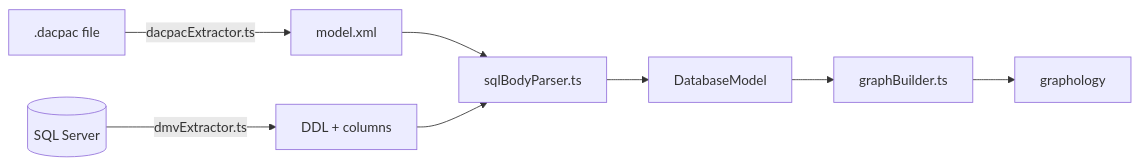
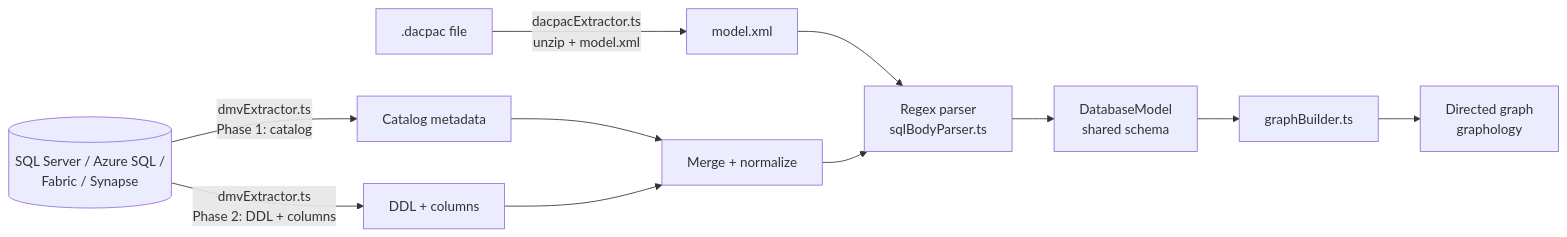
The first of 3 diagrams in docs/DEVELOPER_GUIDE.md (ChrisDevRepo/vscode_data_lineage), drawn with Mermaid before and after one commit. The commit also changed other lines of this file and 10 other files, not shown here.

````diff
--- a/docs/DEVELOPER_GUIDE.md
+++ b/docs/DEVELOPER_GUIDE.md
@@ -20,10 +39,13 @@
 ```mermaid
 flowchart LR
-    DP[.dacpac file] -->|dacpacExtractor.ts| MX[model.xml]
-    SRV[(SQL Server)] -->|dmvExtractor.ts| DDL[DDL + columns]
-    MX --> PARSE[sqlBodyParser.ts]
-    DDL --> PARSE
-    PARSE --> DM[DatabaseModel]
+    DP[.dacpac file] -->|dacpacExtractor.ts<br/>unzip + model.xml| MX[model.xml]
+    MX --> PARSE[Regex parser<br/>sqlBodyParser.ts]
+    SRV[(SQL Server / Azure SQL /<br/>Fabric / Synapse)] -->|dmvExtractor.ts<br/>Phase 1: catalog| CAT[Catalog metadata]
+    SRV -->|dmvExtractor.ts<br/>Phase 2: DDL + columns| DDL[DDL + columns]
+    CAT --> MERGE[Merge + normalize]
+    DDL --> MERGE
+    MERGE --> PARSE
+    PARSE --> DM[DatabaseModel<br/>shared schema]
     DM --> GB[graphBuilder.ts]
-    GB --> G[graphology]
+    GB --> G[Directed graph<br/>graphology]
 ```
````
